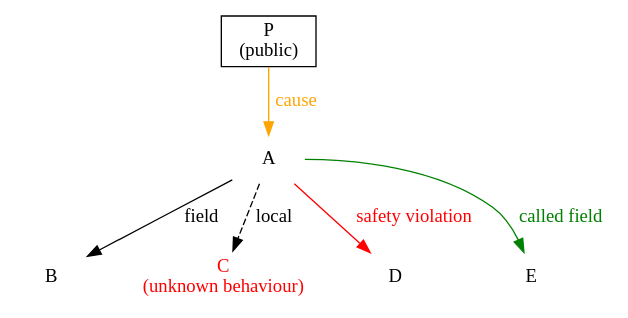
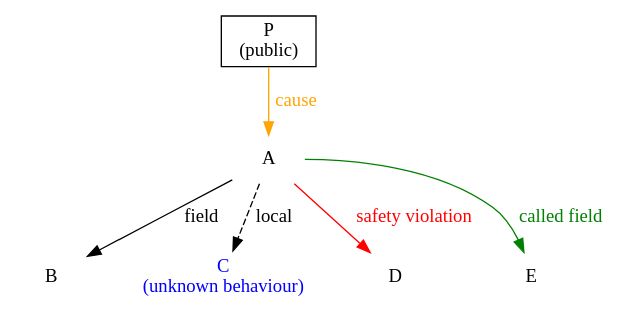
One commit to it-innovation/sam changed the first of 2 diagrams in doc/graphing.rst. Above: the diagram before and after it, drawn with Graphviz. The commit also changed 3 other files, not shown here.

First line of the commit message:
Show Unknown objects in blue, not red

```diff
--- a/doc/graphing.rst
+++ b/doc/graphing.rst
@@ -81,15 +81,15 @@
 .. graphviz::
 
    digraph notation {
      P [shape=record,label="P\n(public)"];
      node [shape=plaintext];
      A -> B [label="field"];
-     C [label="C\n(unknown behaviour)",fontcolor=red];
+     C [label="C\n(unknown behaviour)",fontcolor=blue];
 
      A -> D [color=red,fontcolor=red,label="safety violation"];
 
      A -> C [label="local",style=dashed];
      A -> E [label="called field",color=green,fontcolor=green];
 
      P -> A [color=orange,label="cause",fontcolor=orange];
    }
```
